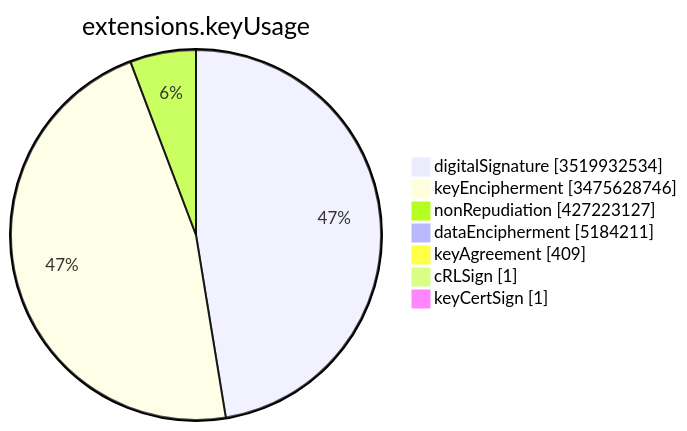
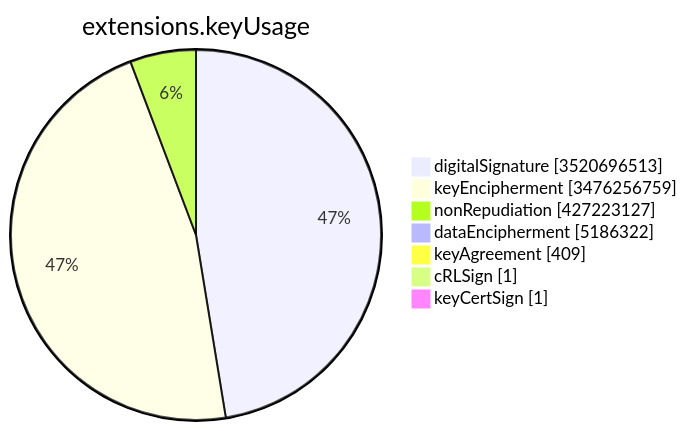
The sixth of 15 diagrams in TOTAL/README.md (christiankrug/ctmonitor_visualization), drawn with Mermaid before and after one commit. The commit also changed other lines of this file, not shown here.

````diff
--- a/TOTAL/README.md
+++ b/TOTAL/README.md
@@ -3083,11 +3083,11 @@
 ```mermaid
 pie showData
 title extensions.keyUsage
-"digitalSignature" :3519932534
-"keyEncipherment" :3475628746
+"digitalSignature" :3520696513
+"keyEncipherment" :3476256759
 "nonRepudiation" :427223127
-"dataEncipherment" :5184211
+"dataEncipherment" :5186322
 "keyAgreement" :409
 "cRLSign" :1
 "keyCertSign" :1
 ```
````
